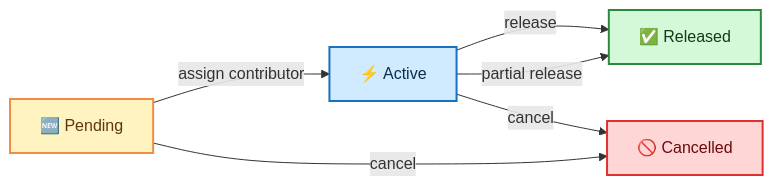
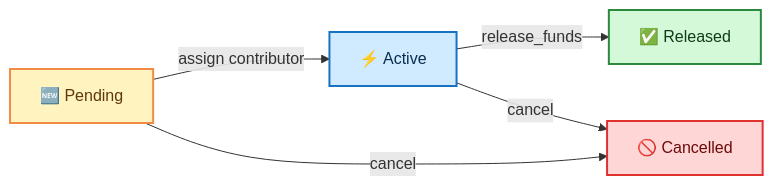
The second of 2 diagrams in README.md (Trustless-OSS/Toss-Contract), drawn with Mermaid before and after one commit. The commit also changed other lines of this file and 7 other files, not shown here.

Commit message:
refactor(payouts): unify release_funds with amount and drop partial_release

````diff
--- a/README.md
+++ b/README.md
@@ -67,18 +67,17 @@
 ```mermaid
 flowchart LR
   Pending["🆕 Pending"] -->|assign contributor| Active["⚡ Active"]
-  Active -->|release| Released["✅ Released"]
-  Active -->|partial release| Released
+  Active -->|release_funds| Released["✅ Released"]
   Active -->|cancel| Cancelled["🚫 Cancelled"]
   Pending -->|cancel| Cancelled
 
   classDef pending fill:#fff3bf,stroke:#f08c46,stroke-width:2px,color:#5f370e;
   classDef active fill:#d0ebff,stroke:#1971c2,stroke-width:2px,color:#0b2e4f;
   classDef released fill:#d3f9d8,stroke:#2b8a3e,stroke-width:2px,color:#123b1a;
   classDef cancelled fill:#ffd6d6,stroke:#e03131,stroke-width:2px,color:#6b0b0b;
 
   class Pending pending;
   class Active active;
   class Released released;
   class Cancelled cancelled;
 ```
````
